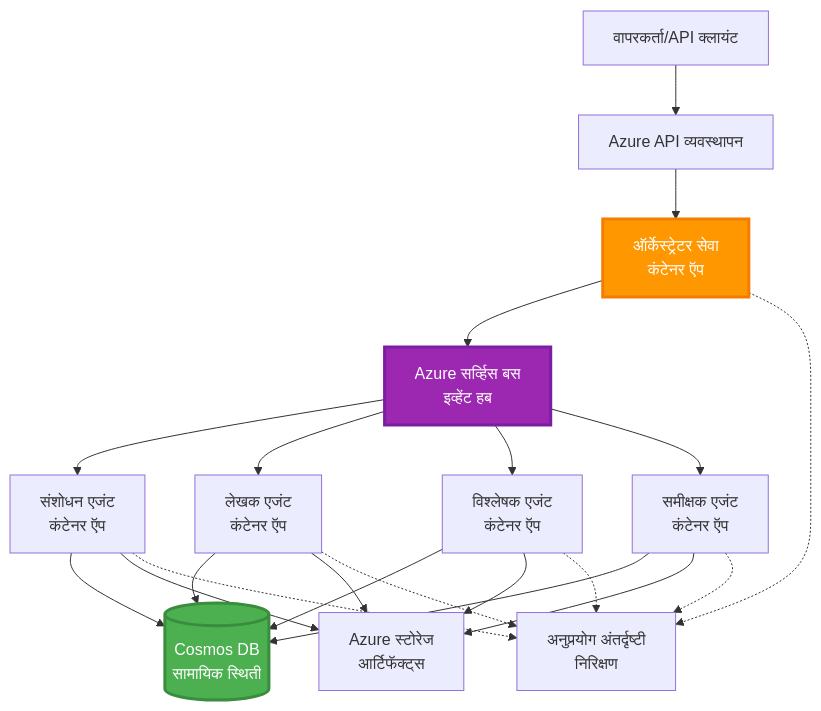
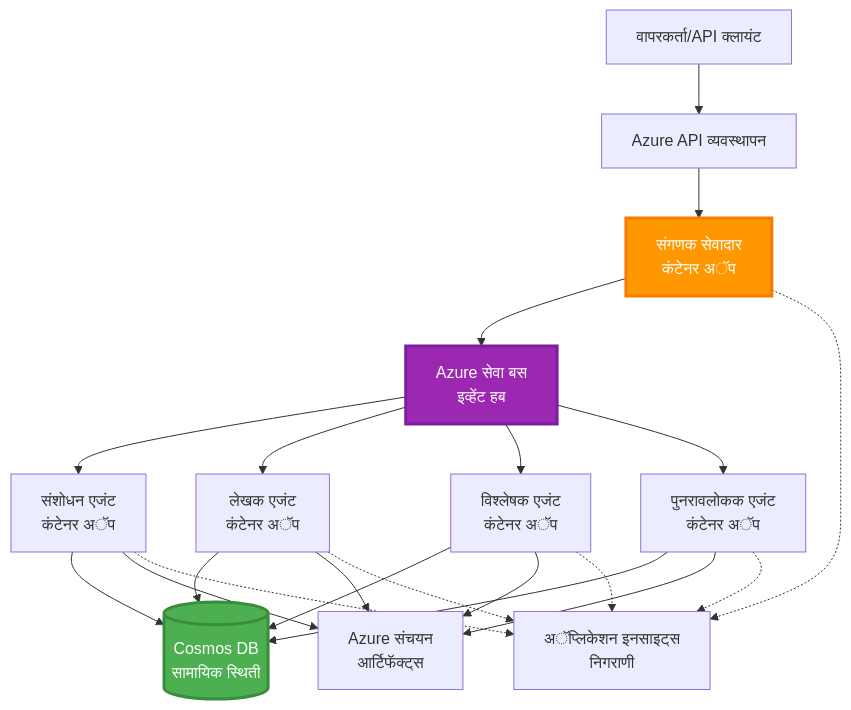
Before and after one commit to microsoft/AZD-for-beginners: the sixth of 6 diagrams in translations/mr/docs/chapter-06-pre-deployment/coordination-patterns.md, drawn with Mermaid. The commit also changed other lines of this file and 101 other files, not shown here.

````diff
--- a/translations/mr/docs/chapter-06-pre-deployment/coordination-patterns.md
+++ b/translations/mr/docs/chapter-06-pre-deployment/coordination-patterns.md
@@ -271,45 +265,45 @@
 ```mermaid
 graph TB
     User[वापरकर्ता/API क्लायंट]
     APIM[Azure API व्यवस्थापन]
-    Orchestrator[ऑर्केस्ट्रेटर सेवा<br/>कंटेनर ऍप]
-    ServiceBus[Azure सर्व्हिस बस<br/>इव्हेंट हब]
+    Orchestrator[संगणक सेवादार<br/>कंटेनर अॅप]
+    ServiceBus[Azure सेवा बस<br/>इव्हेंट हब]
     
-    Agent1[संशोधन एजंट<br/>कंटेनर ऍप]
-    Agent2[लेखक एजंट<br/>कंटेनर ऍप]
-    Agent3[विश्लेषक एजंट<br/>कंटेनर ऍप]
-    Agent4[समीक्षक एजंट<br/>कंटेनर ऍप]
+    Agent1[संशोधन एजंट<br/>कंटेनर अॅप]
+    Agent2[लेखक एजंट<br/>कंटेनर अॅप]
+    Agent3[विश्लेषक एजंट<br/>कंटेनर अॅप]
+    Agent4[पुनरावलोकक एजंट<br/>कंटेनर अॅप]
     
     CosmosDB[(Cosmos DB<br/>सामायिक स्थिती)]
-    Storage[Azure स्टोरेज<br/>आर्टिफॅक्ट्स]
-    AppInsights[अनुप्रयोग अंतर्दृष्टी<br/>निरिक्षण]
+    Storage[Azure संचयन<br/>आर्टिफॅक्ट्स]
+    AppInsights[अॅप्लिकेशन इनसाइट्स<br/>निगराणी]
     
     User --> APIM
     APIM --> Orchestrator
     
     Orchestrator --> ServiceBus
     ServiceBus --> Agent1
     ServiceBus --> Agent2
     ServiceBus --> Agent3
     ServiceBus --> Agent4
     
     Agent1 --> CosmosDB
     Agent2 --> CosmosDB
     Agent3 --> CosmosDB
     Agent4 --> CosmosDB
     
     Agent1 --> Storage
     Agent2 --> Storage
     Agent3 --> Storage
     Agent4 --> Storage
     
     Orchestrator -.-> AppInsights
     Agent1 -.-> AppInsights
     Agent2 -.-> AppInsights
     Agent3 -.-> AppInsights
     Agent4 -.-> AppInsights
     
     style Orchestrator fill:#FF9800,stroke:#F57C00,stroke-width:3px,color:#fff
     style ServiceBus fill:#9C27B0,stroke:#7B1FA2,stroke-width:3px,color:#fff
     style CosmosDB fill:#4CAF50,stroke:#388E3C,stroke-width:3px,color:#fff
 ```
````
